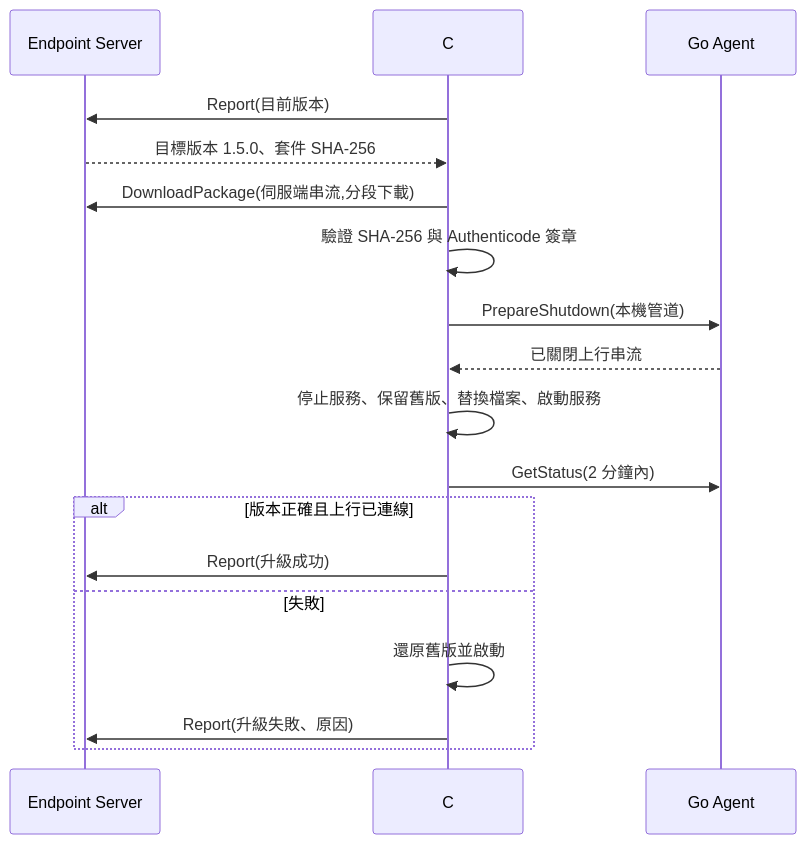
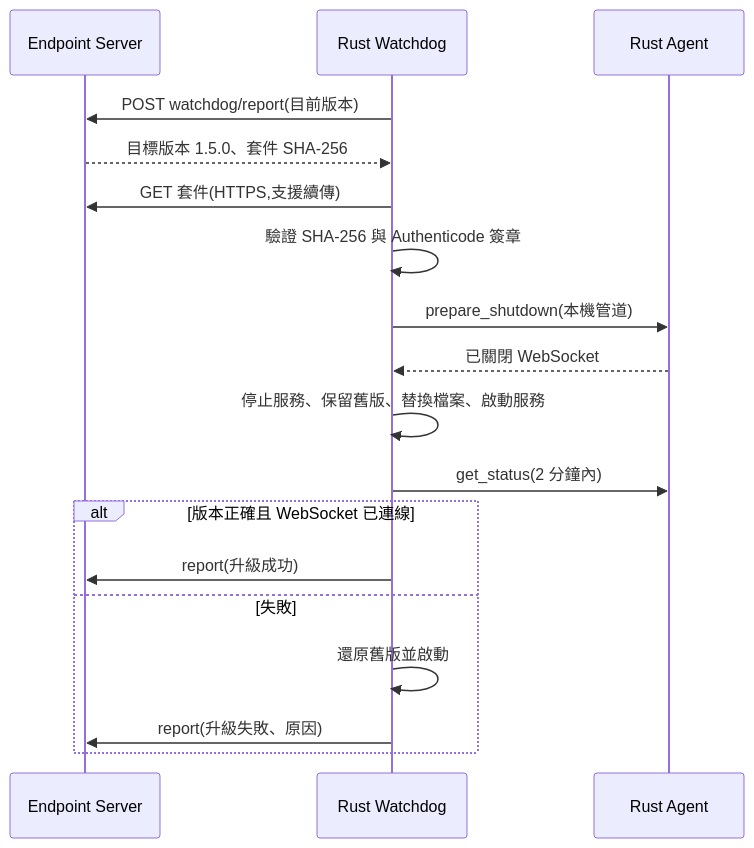
One commit to WeiWeicode/giga-api-gateway-bff changed the second of 3 diagrams in docs/ENDPOINT-AGENT-GUIDE.md. Above: the diagram before and after it, drawn with Mermaid. The commit also changed other lines of this file and 15 other files, not shown here.

First line of the commit message:
docs: Agent 改 Rust + WebSocket、時程以甘特圖為準(PRD v0.9)

````diff
--- a/docs/ENDPOINT-AGENT-GUIDE.md
+++ b/docs/ENDPOINT-AGENT-GUIDE.md
@@ -425,20 +359,20 @@
 ```mermaid
 sequenceDiagram
     participant EP as Endpoint Server
-    participant WD as C# Watchdog
-    participant AG as Go Agent
-    WD->>EP: Report(目前版本)
+    participant WD as Rust Watchdog
+    participant AG as Rust Agent
+    WD->>EP: POST watchdog/report(目前版本)
     EP-->>WD: 目標版本 1.5.0、套件 SHA-256
-    WD->>EP: DownloadPackage(伺服端串流,分段下載)
+    WD->>EP: GET 套件(HTTPS,支援續傳)
     WD->>WD: 驗證 SHA-256 與 Authenticode 簽章
-    WD->>AG: PrepareShutdown(本機管道)
-    AG-->>WD: 已關閉上行串流
+    WD->>AG: prepare_shutdown(本機管道)
+    AG-->>WD: 已關閉 WebSocket
     WD->>WD: 停止服務、保留舊版、替換檔案、啟動服務
-    WD->>AG: GetStatus(2 分鐘內)
-    alt 版本正確且上行已連線
-        WD->>EP: Report(升級成功)
+    WD->>AG: get_status(2 分鐘內)
+    alt 版本正確且 WebSocket 已連線
+        WD->>EP: report(升級成功)
     else 失敗
         WD->>WD: 還原舊版並啟動
-        WD->>EP: Report(升級失敗、原因)
+        WD->>EP: report(升級失敗、原因)
     end
 ```
````
